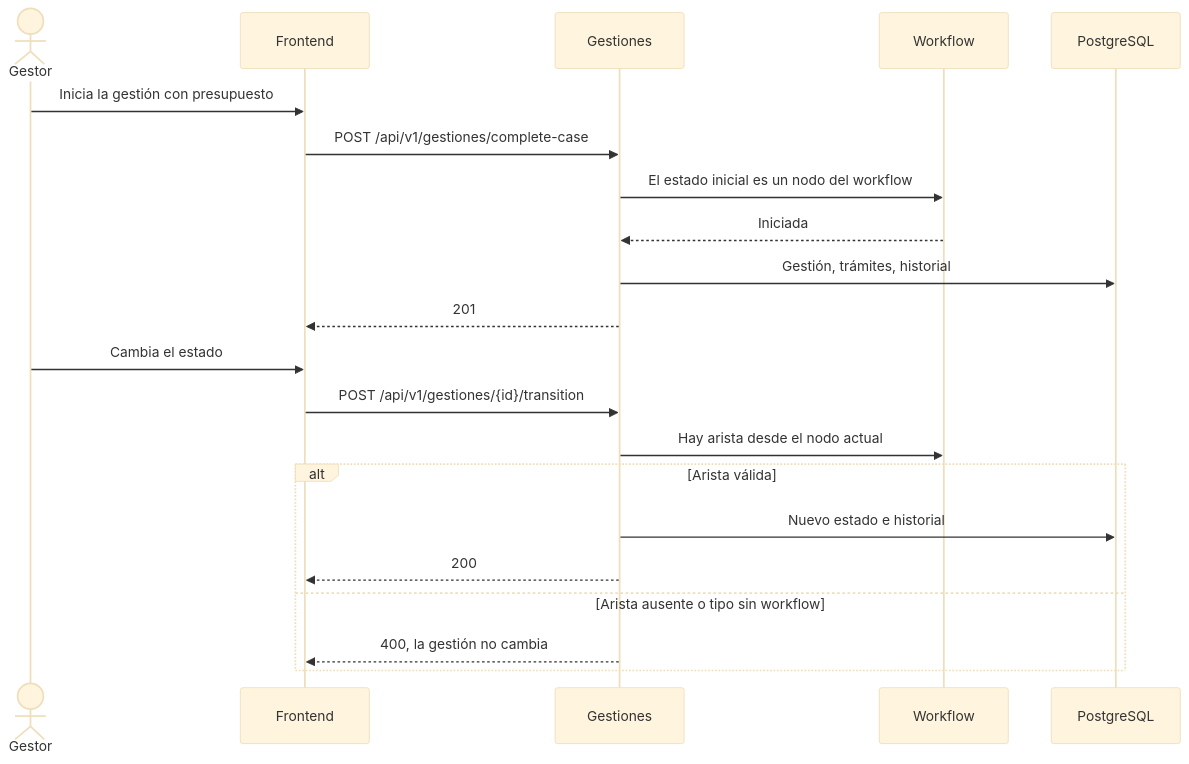
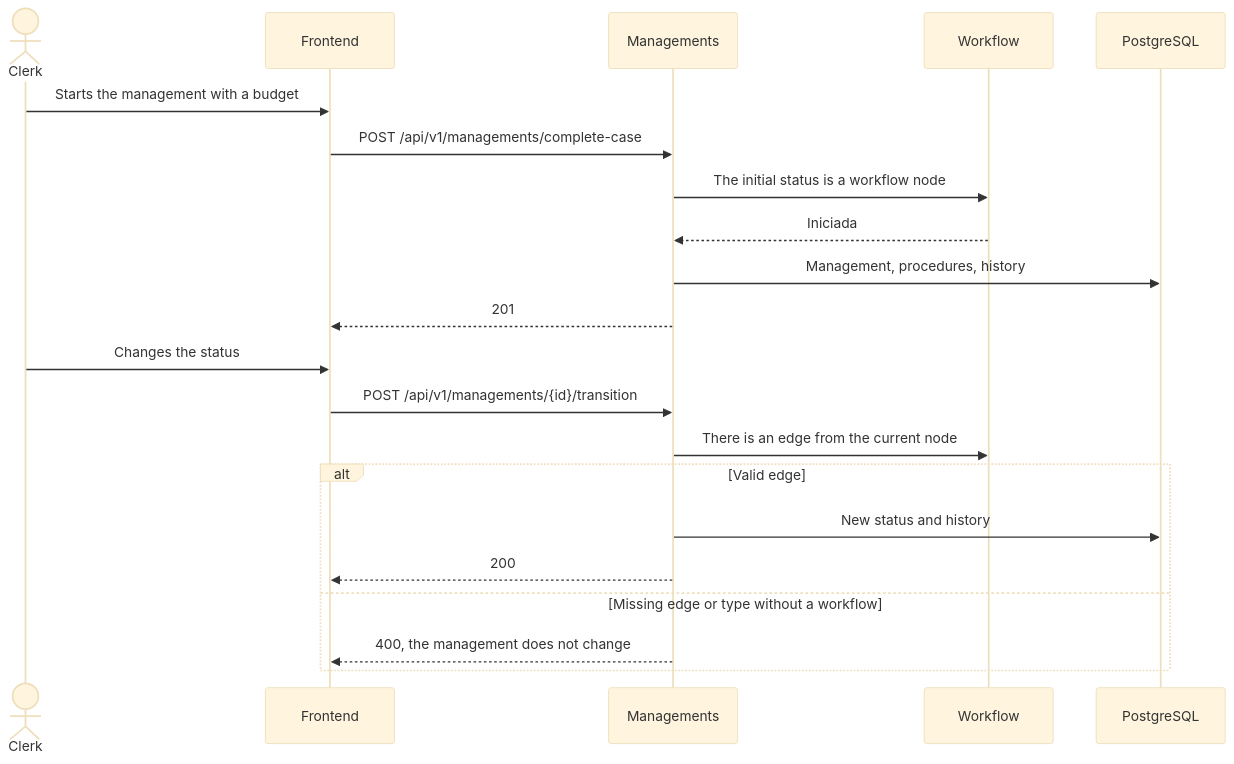
One commit to matiaspakua/notaire changed the tenth of 16 diagrams in docs/200-architecture/203-design/CICLO-DE-VIDA.md. Above: the diagram before and after it, drawn with Mermaid (base theme). The commit also changed other lines of this file and 52 other files, not shown here.

````diff
--- a/docs/200-architecture/203-design/CICLO-DE-VIDA.md
+++ b/docs/200-architecture/203-design/CICLO-DE-VIDA.md
@@ -336,25 +341,25 @@
 ```mermaid
 sequenceDiagram
-  actor Gestor
+  actor Clerk
   participant FE as Frontend
-  participant API as Gestiones
+  participant API as Managements
   participant WF as Workflow
   participant DB as PostgreSQL
 
-  Gestor->>FE: Inicia la gestión con presupuesto
-  FE->>API: POST /api/v1/gestiones/complete-case
-  API->>WF: El estado inicial es un nodo del workflow
+  Clerk->>FE: Starts the management with a budget
+  FE->>API: POST /api/v1/managements/complete-case
+  API->>WF: The initial status is a workflow node
   WF-->>API: Iniciada
-  API->>DB: Gestión, trámites, historial
+  API->>DB: Management, procedures, history
   API-->>FE: 201
 
-  Gestor->>FE: Cambia el estado
-  FE->>API: POST /api/v1/gestiones/{id}/transition
-  API->>WF: Hay arista desde el nodo actual
-  alt Arista válida
-    API->>DB: Nuevo estado e historial
+  Clerk->>FE: Changes the status
+  FE->>API: POST /api/v1/managements/{id}/transition
+  API->>WF: There is an edge from the current node
+  alt Valid edge
+    API->>DB: New status and history
     API-->>FE: 200
-  else Arista ausente o tipo sin workflow
-    API-->>FE: 400, la gestión no cambia
+  else Missing edge or type without a workflow
+    API-->>FE: 400, the management does not change
   end
 ```
````
